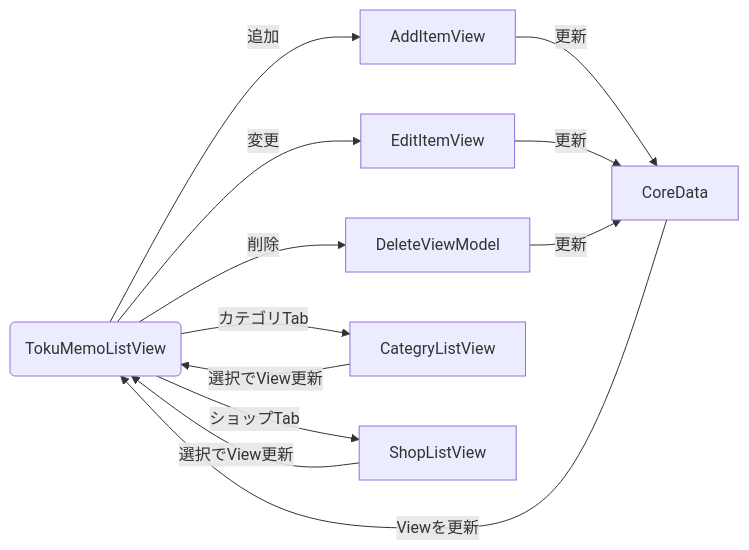
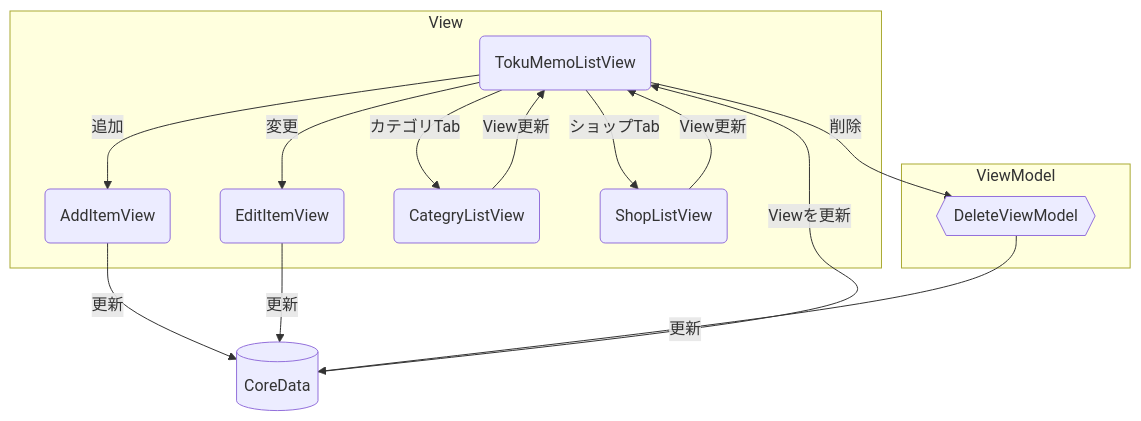
One commit to ymp-a/tokuMemo changed the first of 2 diagrams in README.md. Above: the diagram before and after it, drawn with Mermaid. The commit also changed other lines of this file, not shown here.

````diff
--- a/README.md
+++ b/README.md
@@ -34,9 +35,19 @@
 ```mermaid
-graph LR;
-  1(TokuMemoListView)--追加-->AddItemView--更新-->CoreData;
-  1--変更-->EditItemView--更新-->CoreData;
-  1--削除-->DeleteViewModel--更新-->CoreData;
-  1--カテゴリTab-->CategryListView--選択でView更新-->1
-  1--ショップTab-->ShopListView--選択でView更新-->1
-  CoreData--Viewを更新-->1
+graph TB;
+  subgraph View
+  1
+  A
+  E
+  CA
+  SH
+  end
+  subgraph ViewModel
+  Dm
+  end
+  1(TokuMemoListView)--追加-->A(AddItemView)--更新-->C[(CoreData)]
+  1--変更-->E(EditItemView)--更新-->C
+  1--削除-->Dm{{DeleteViewModel}}--更新-->C
+  1--カテゴリTab-->CA(CategryListView)--View更新-->1
+  1--ショップTab-->SH(ShopListView)--View更新-->1
+  C--Viewを更新-->1
 ```
````
